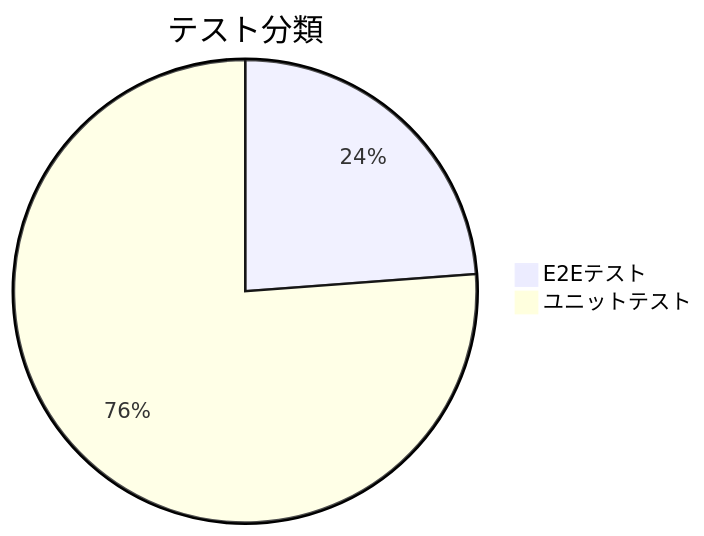
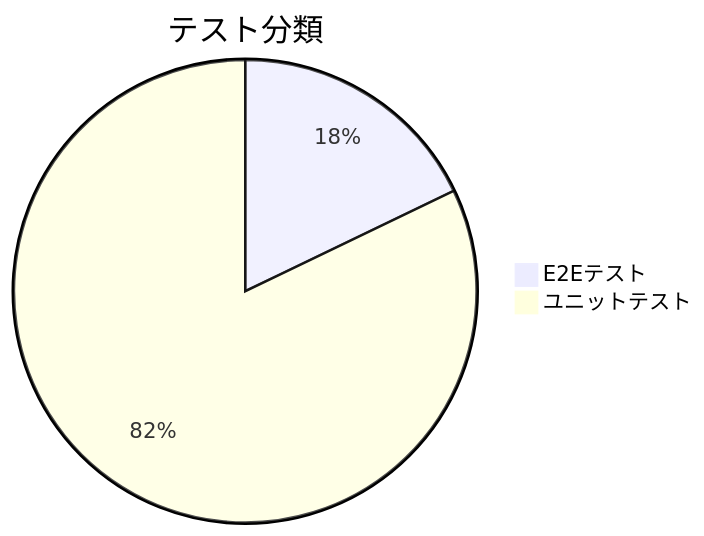
Before and after one commit to Ibar-Aki/solar-aldrin: the sixth of 16 diagrams in apps/v2-modern/docs/00_overview/00_Master_Technical_Reference.md, drawn with Mermaid. The commit also changed other lines of this file and 4 other files, not shown here.

````diff
--- a/apps/v2-modern/docs/00_overview/00_Master_Technical_Reference.md
+++ b/apps/v2-modern/docs/00_overview/00_Master_Technical_Reference.md
@@ -528,5 +536,5 @@
 ```mermaid
 pie title テスト分類
     "E2Eテスト" : 5
-    "ユニットテスト" : 16
+    "ユニットテスト" : 23
 ```
````
